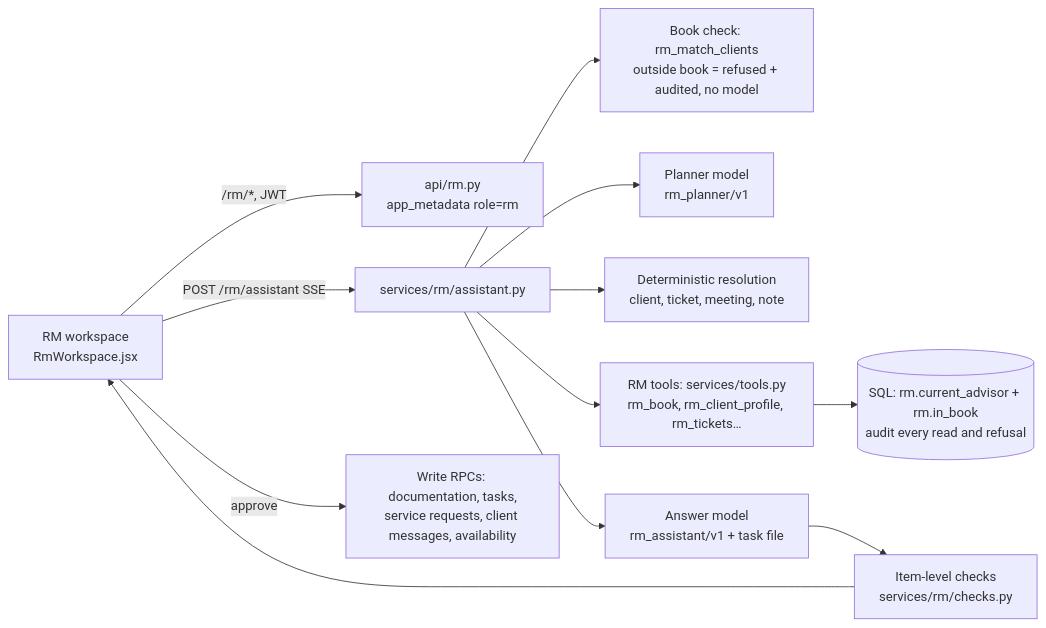
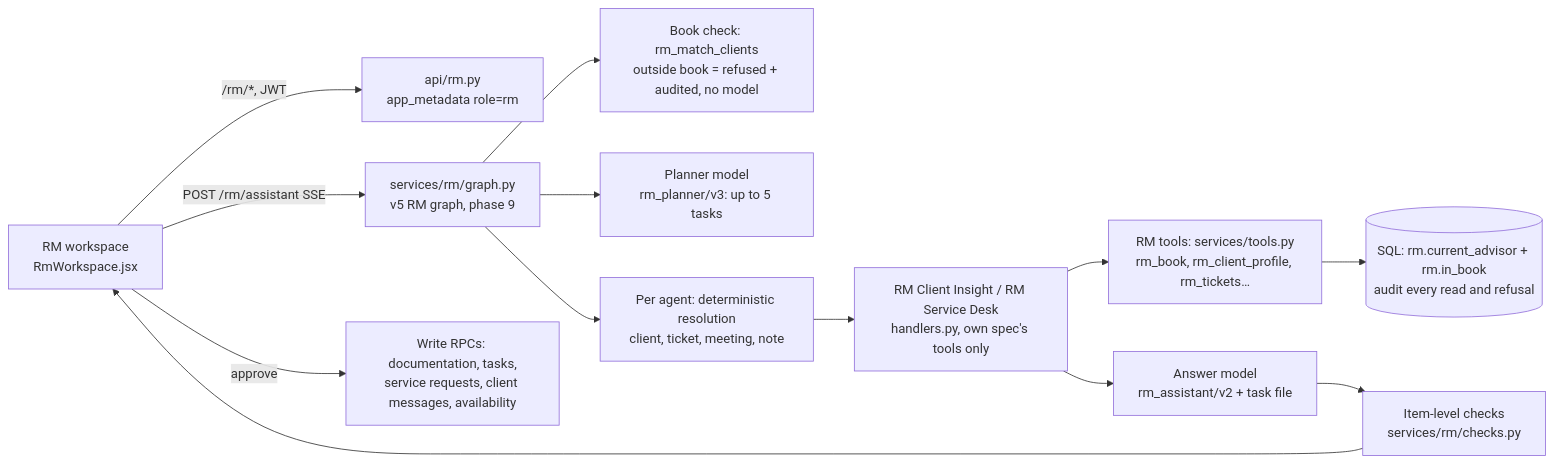
One commit to deniseLie/IS4000_Group7 changed the diagram in docs/workflows/workflow-2-relationship-manager.md. Above: the diagram before and after it, drawn with Mermaid. The commit also changed 27 other files, not shown here.

First line of the commit message:
feat(rm): RM assistant on the v5 graph with two RM agents (phase 9)

````diff
--- a/docs/workflows/workflow-2-relationship-manager.md
+++ b/docs/workflows/workflow-2-relationship-manager.md
@@ -11,14 +11,15 @@
 ```mermaid
 flowchart LR
   UI[RM workspace<br/>RmWorkspace.jsx] -->|/rm/*, JWT| API[api/rm.py<br/>app_metadata role=rm]
-  UI -->|POST /rm/assistant SSE| AS[services/rm/assistant.py]
+  UI -->|POST /rm/assistant SSE| AS[services/rm/graph.py<br/>v5 RM graph, phase 9]
   AS --> BC[Book check: rm_match_clients<br/>outside book = refused + audited, no model]
-  AS --> PL[Planner model<br/>rm_planner/v1]
-  AS --> RS[Deterministic resolution<br/>client, ticket, meeting, note]
-  AS --> TL[RM tools: services/tools.py<br/>rm_book, rm_client_profile, rm_tickets…]
+  AS --> PL[Planner model<br/>rm_planner/v3: up to 5 tasks]
+  AS --> RS[Per agent: deterministic resolution<br/>client, ticket, meeting, note]
+  RS --> AG[RM Client Insight / RM Service Desk<br/>handlers.py, own spec's tools only]
+  AG --> TL[RM tools: services/tools.py<br/>rm_book, rm_client_profile, rm_tickets…]
   TL --> DB[(SQL: rm.current_advisor + rm.in_book<br/>audit every read and refusal)]
-  AS --> LLM[Answer model<br/>rm_assistant/v1 + task file]
+  AG --> LLM[Answer model<br/>rm_assistant/v2 + task file]
   LLM --> CK[Item-level checks<br/>services/rm/checks.py]
   CK --> UI
   UI -->|approve| W[Write RPCs: documentation, tasks,<br/>service requests, client messages, availability]
 ```
````
